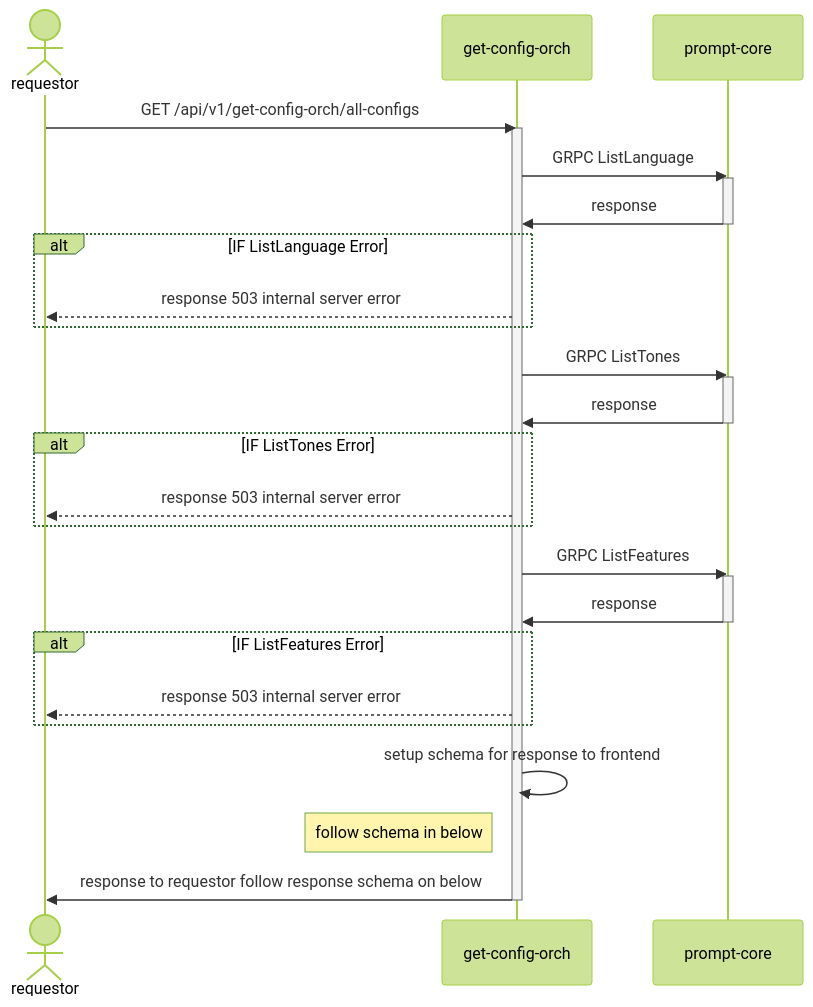
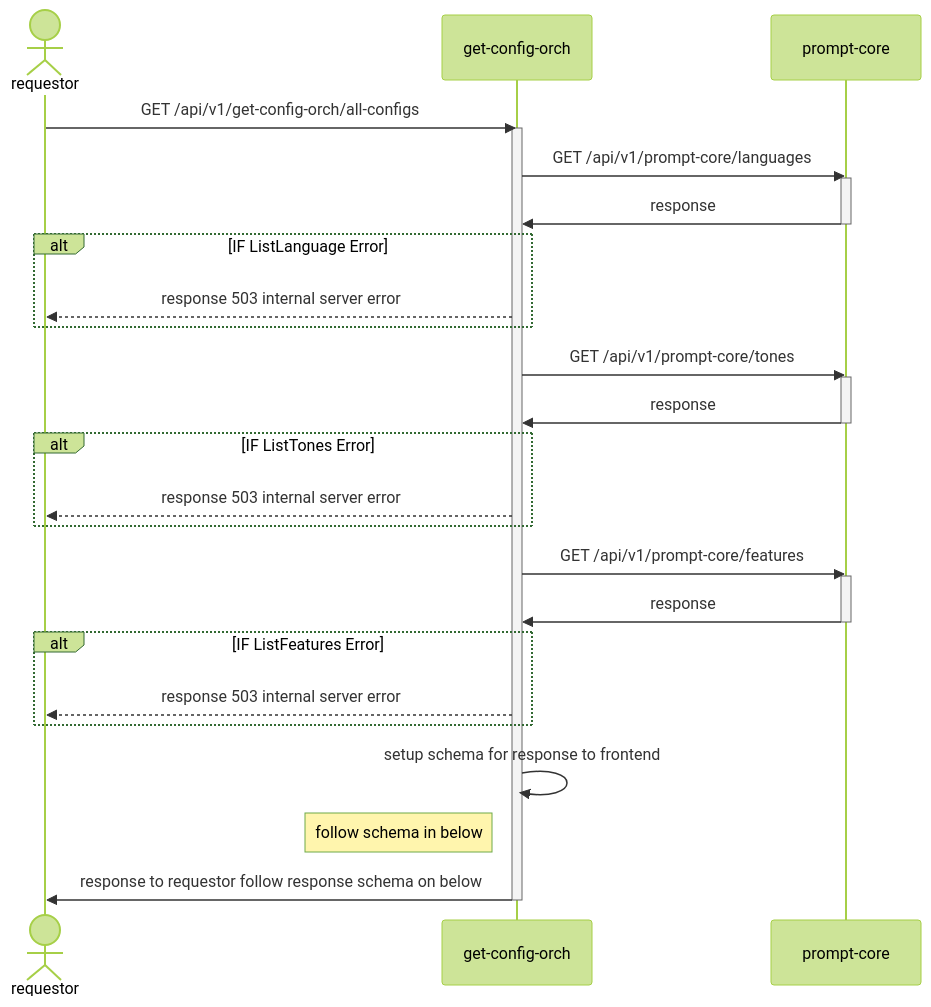
One commit to promptlabth/docs-of-all changed the diagram in systemFlow/orch/getConfigOrch/all-configs/all-configs v1.0.0.md. Above: the diagram before and after it, drawn with Mermaid (forest theme). The commit also changed other lines of this file and 1 other file, not shown here.

````diff
--- a/systemFlow/orch/getConfigOrch/all-configs/all-configs v1.0.0.md
+++ b/systemFlow/orch/getConfigOrch/all-configs/all-configs v1.0.0.md
@@ -18,43 +18,43 @@
 ``` mermaid
 sequenceDiagram
     actor requestor as requestor
     participant get-config-orch as get-config-orch
     participant prompt-core as prompt-core
 
     requestor ->> get-config-orch: GET /api/v1/get-config-orch/all-configs
     activate get-config-orch
 
-    get-config-orch ->> prompt-core: GRPC ListLanguage
+    get-config-orch ->> prompt-core: GET /api/v1/prompt-core/languages
     activate prompt-core
     prompt-core ->>  get-config-orch: response
     deactivate prompt-core
 
     alt IF ListLanguage Error
     get-config-orch -->> requestor: response 503 internal server error
     end
 
-    get-config-orch ->> prompt-core: GRPC ListTones
+    get-config-orch ->> prompt-core: GET /api/v1/prompt-core/tones
     activate prompt-core
     prompt-core ->>  get-config-orch: response
     deactivate prompt-core
 
     alt IF ListTones Error
     get-config-orch -->> requestor: response 503 internal server error
     end
 
-    get-config-orch ->> prompt-core: GRPC ListFeatures
+    get-config-orch ->> prompt-core: GET /api/v1/prompt-core/features
     activate prompt-core
     prompt-core ->>  get-config-orch: response
     deactivate prompt-core
 
     alt IF ListFeatures Error
     get-config-orch -->> requestor: response 503 internal server error
     end
 
     get-config-orch ->> get-config-orch : setup schema for response to frontend
     note left of get-config-orch : follow schema in below
 
 
     get-config-orch ->> requestor: response to requestor follow response schema on below
     deactivate get-config-orch
 ```
````
